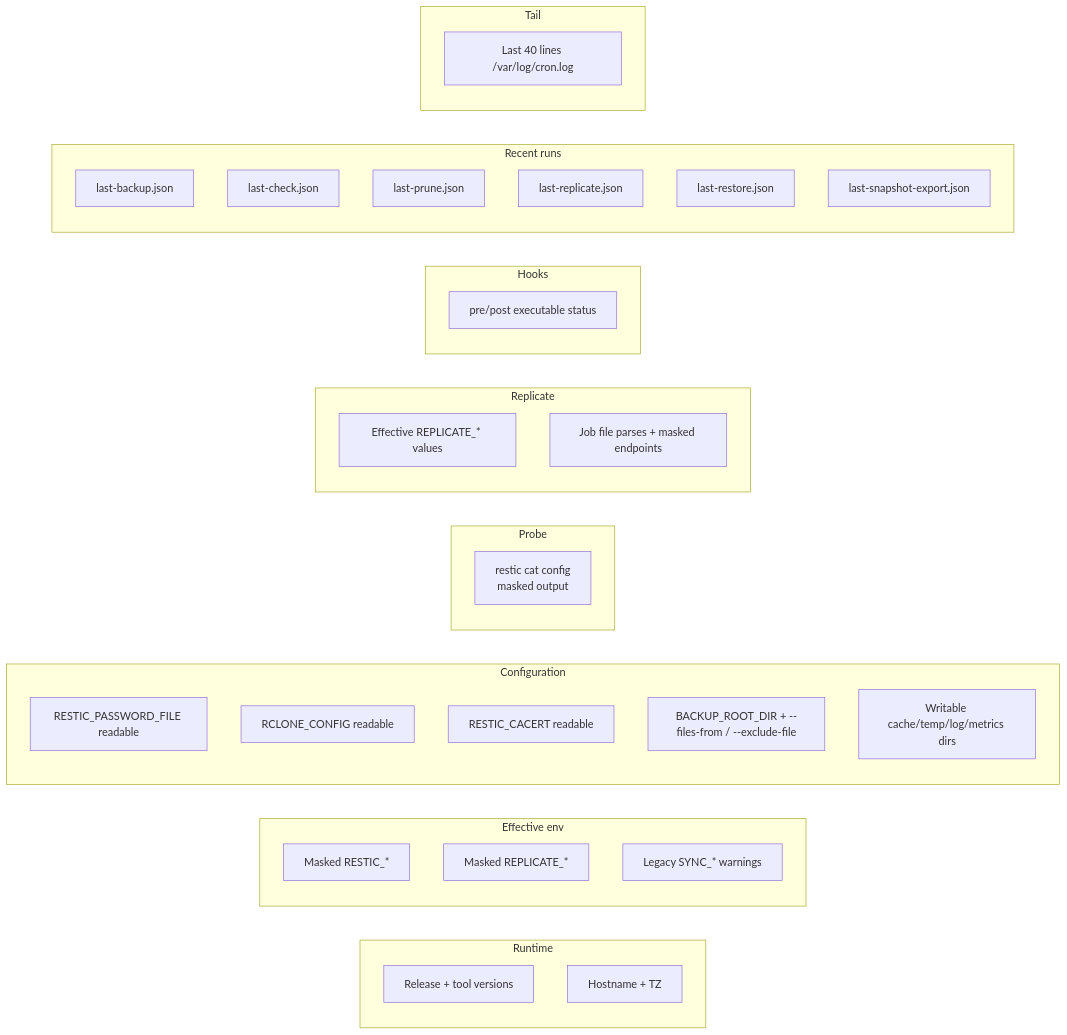
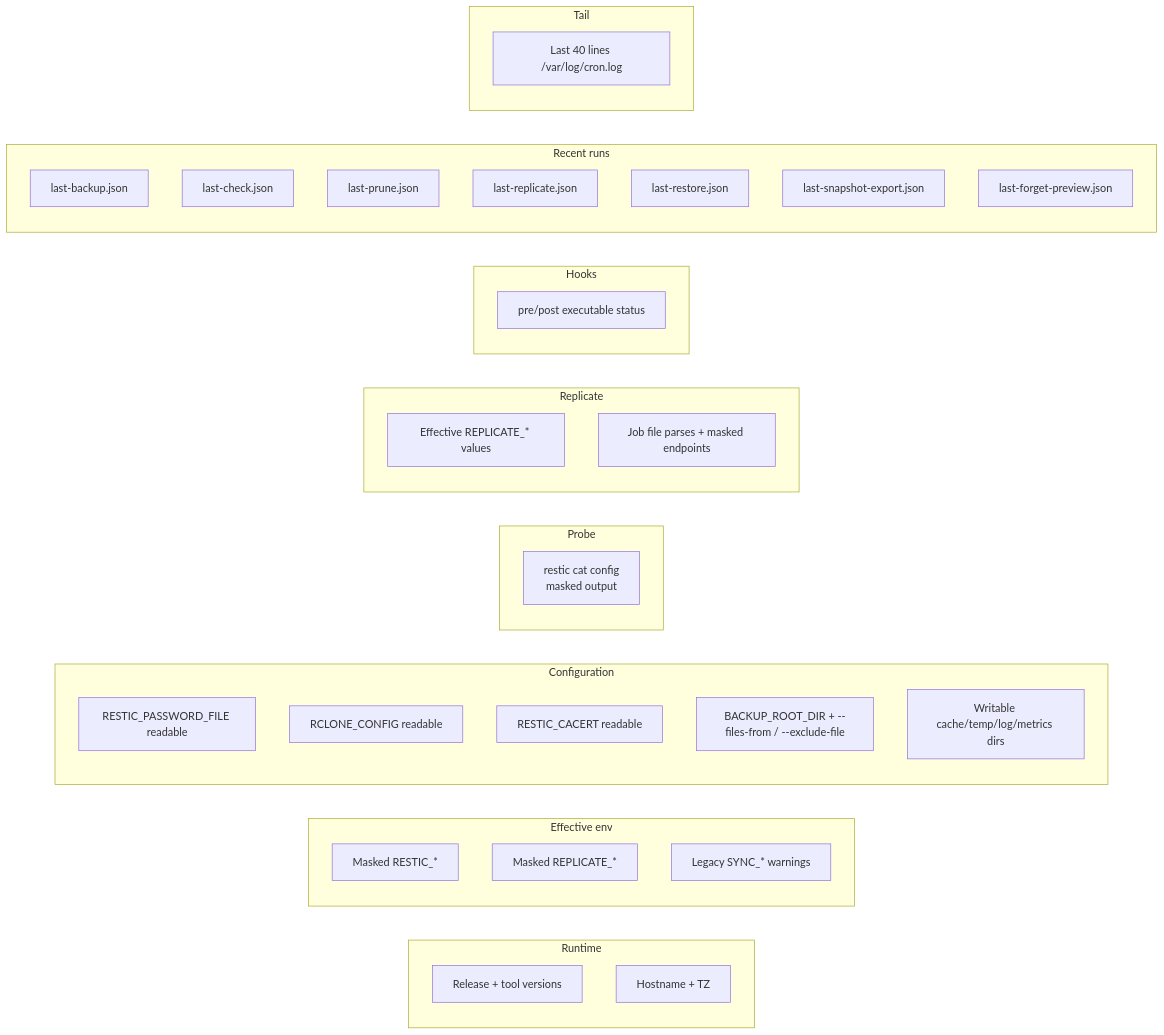
The diagram in docs/operations/diagnostics.md (marc0janssen/restic-backup-helper), drawn with Mermaid before and after one commit. The commit also changed other lines of this file and 33 other files, not shown here.

First line of the commit message:
release: 2.3.0 - add /bin/forget-preview retention preview helper

````diff
--- a/docs/operations/diagnostics.md
+++ b/docs/operations/diagnostics.md
@@ -12,40 +12,41 @@
 ```mermaid
 flowchart LR
     subgraph Runtime
         R1[Release + tool versions]
         R2[Hostname + TZ]
     end
     subgraph Effective env
         E1[Masked RESTIC_*]
         E2[Masked REPLICATE_*]
         E3[Legacy SYNC_* warnings]
     end
     subgraph Configuration
         C1[RESTIC_PASSWORD_FILE readable]
         C2[RCLONE_CONFIG readable]
         C3[RESTIC_CACERT readable]
         C4[BACKUP_ROOT_DIR + --files-from / --exclude-file]
         C5[Writable cache/temp/log/metrics dirs]
     end
     subgraph Probe
         P1[restic cat config<br/>masked output]
     end
     subgraph Replicate
         L1[Effective REPLICATE_* values]
         L2[Job file parses + masked endpoints]
     end
     subgraph Hooks
         H1[pre/post executable status]
     end
     subgraph Recent runs
         J1[last-backup.json]
         J2[last-check.json]
         J3[last-prune.json]
         J4[last-replicate.json]
         J5[last-restore.json]
         J6[last-snapshot-export.json]
+        J7[last-forget-preview.json]
     end
     subgraph Tail
         T1[Last 40 lines /var/log/cron.log]
     end
 ```
````
